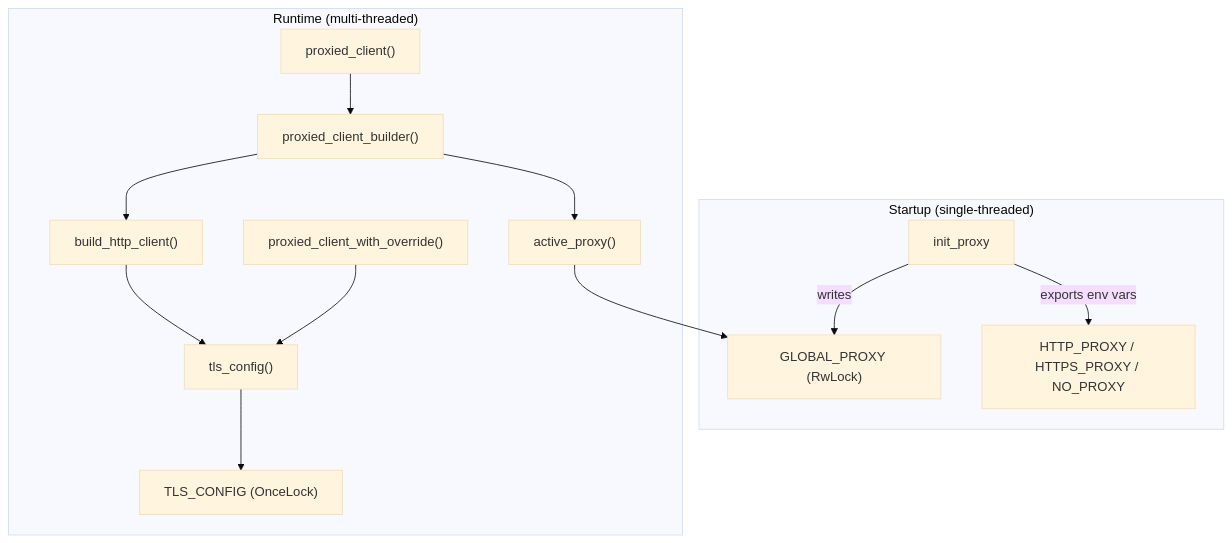
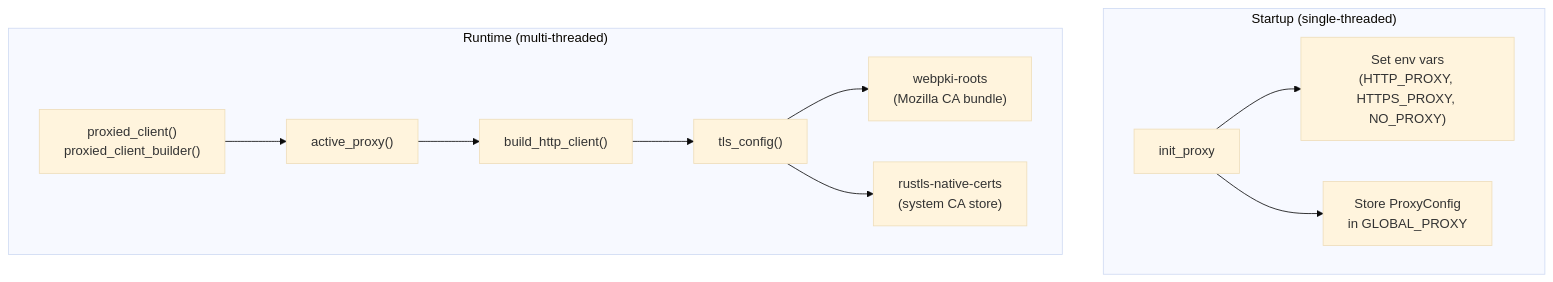
Before and after one commit to leszek3737/librefang-WIki: the diagram in infrastructure-utilities-librefang-http-src.md, drawn with Mermaid (base theme). The commit also changed other lines of this file and 94 other files, not shown here.

````diff
--- a/infrastructure-utilities-librefang-http-src.md
+++ b/infrastructure-utilities-librefang-http-src.md
@@ -11,17 +15,14 @@
 ```mermaid
-graph TD
+flowchart TD
     subgraph "Startup (single-threaded)"
-        A[init_proxy] -->|writes| B["GLOBAL_PROXY (RwLock)"]
-        A -->|exports env vars| C["HTTP_PROXY / HTTPS_PROXY / NO_PROXY"]
+        A[init_proxy] --> B["Set env vars\n(HTTP_PROXY, HTTPS_PROXY, NO_PROXY)"]
+        A --> C["Store ProxyConfig\nin GLOBAL_PROXY"]
     end
-
     subgraph "Runtime (multi-threaded)"
-        D["proxied_client()"] --> E["proxied_client_builder()"]
-        E --> F["active_proxy()"]
-        F --> B
-        E --> G["build_http_client()"]
-        G --> H["tls_config()"]
-        H --> I["TLS_CONFIG (OnceLock)"]
-        J["proxied_client_with_override()"] --> H
+        D["proxied_client()\nproxied_client_builder()"] --> E["active_proxy()"]
+        E --> F["build_http_client()"]
+        F --> G["tls_config()"]
+        G --> H["webpki-roots\n(Mozilla CA bundle)"]
+        G --> I["rustls-native-certs\n(system CA store)"]
     end
 ```
````
